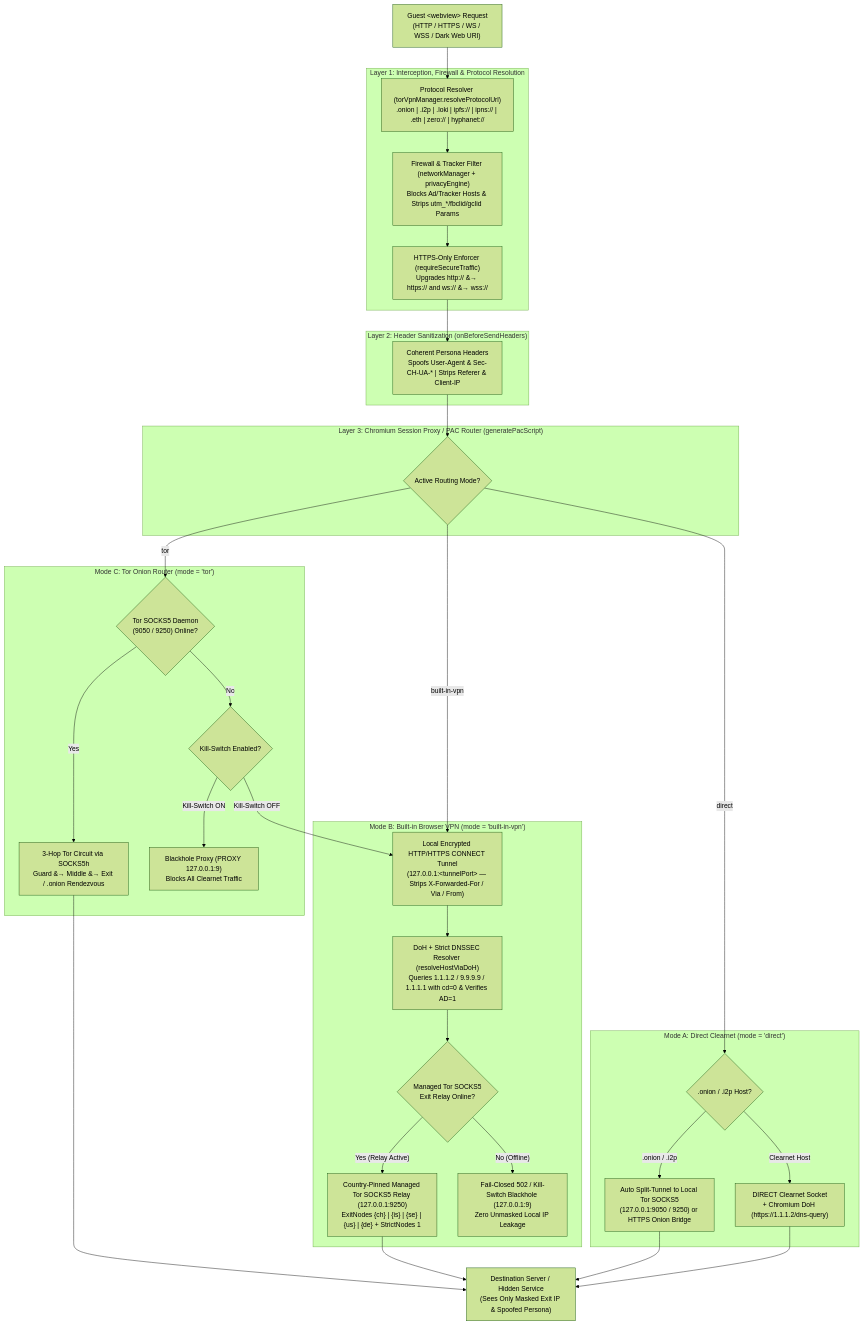
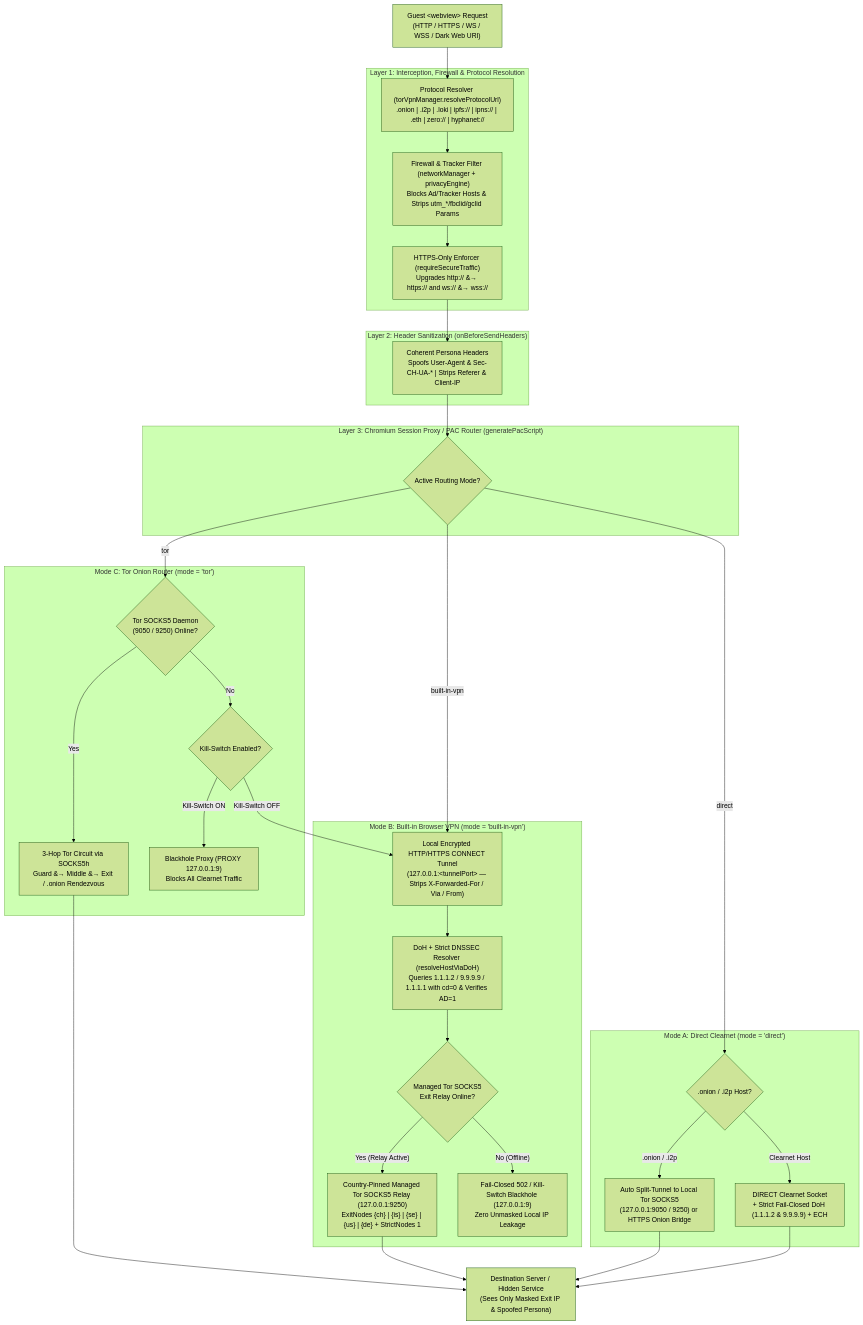
One commit to othererik/noctisbrowser changed the second of 4 diagrams in README.md. Above: the diagram before and after it, drawn with Mermaid (forest theme). The commit also changed other lines of this file and 7 other files, not shown here.

Commit message:
Release 1.1.3: Strict fail-closed DNS-over-HTTPS (DoH), ECH anti-SNI-leak, remote SOCKS5 DNS resolution, and release artifact checksums

````diff
--- a/README.md
+++ b/README.md
@@ -140,57 +140,57 @@
 ```mermaid
 flowchart TD
   Req["Guest &lt;webview&gt; Request<br/>(HTTP / HTTPS / WS / WSS / Dark Web URI)"]
   
   subgraph Layer1["Layer 1: Interception, Firewall &amp; Protocol Resolution"]
     Proto["Protocol Resolver (torVpnManager.resolveProtocolUrl)<br/>.onion | .i2p | .loki | ipfs:// | ipns:// | .eth | zero:// | hyphanet://"]
     Block["Firewall &amp; Tracker Filter (networkManager + privacyEngine)<br/>Blocks Ad/Tracker Hosts &amp; Strips utm_*/fbclid/gclid Params"]
     Upgrade["HTTPS-Only Enforcer (requireSecureTraffic)<br/>Upgrades http:// &#8594; https:// and ws:// &#8594; wss://"]
   end
 
   subgraph Layer2["Layer 2: Header Sanitization (onBeforeSendHeaders)"]
     Headers["Coherent Persona Headers<br/>Spoofs User-Agent &amp; Sec-CH-UA-* | Strips Referer &amp; Client-IP"]
   end
 
   subgraph Layer3["Layer 3: Chromium Session Proxy / PAC Router (generatePacScript)"]
     PAC{"Active Routing Mode?"}
   end
 
   subgraph ModeDirect["Mode A: Direct Clearnet (mode = 'direct')"]
     DirectSplit{".onion / .i2p Host?"}
-    DirectClear["DIRECT Clearnet Socket<br/>+ Chromium DoH (https://1.1.1.2/dns-query)"]
+    DirectClear["DIRECT Clearnet Socket<br/>+ Strict Fail-Closed DoH (1.1.1.2 &amp; 9.9.9.9) + ECH"]
     DirectOnion["Auto Split-Tunnel to Local Tor SOCKS5<br/>(127.0.0.1:9050 / 9250) or HTTPS Onion Bridge"]
   end
 
   subgraph ModeVPN["Mode B: Built-in Browser VPN (mode = 'built-in-vpn')"]
     LocalTunnel["Local Encrypted HTTP/HTTPS CONNECT Tunnel<br/>(127.0.0.1:&lt;tunnelPort&gt; — Strips X-Forwarded-For / Via / From)"]
     DoHDNS["DoH + Strict DNSSEC Resolver (resolveHostViaDoH)<br/>Queries 1.1.1.2 / 9.9.9.9 / 1.1.1.1 with cd=0 &amp; Verifies AD=1"]
     VpnRelayCheck{"Managed Tor SOCKS5<br/>Exit Relay Online?"}
     VpnSocks["Country-Pinned Managed Tor SOCKS5 Relay (127.0.0.1:9250)<br/>ExitNodes {ch} | {is} | {se} | {us} | {de} + StrictNodes 1"]
     VpnFailClosed["Fail-Closed 502 / Kill-Switch Blackhole (127.0.0.1:9)<br/>Zero Unmasked Local IP Leakage"]
   end
 
   subgraph ModeTor["Mode C: Tor Onion Router (mode = 'tor')"]
     TorCheck{"Tor SOCKS5 Daemon<br/>(9050 / 9250) Online?"}
     TorSocks["3-Hop Tor Circuit via SOCKS5h<br/>Guard &#8594; Middle &#8594; Exit / .onion Rendezvous"]
     TorKS{"Kill-Switch Enabled?"}
     TorBlackhole["Blackhole Proxy (PROXY 127.0.0.1:9)<br/>Blocks All Clearnet Traffic"]
   end
 
   Egress["Destination Server / Hidden Service<br/>(Sees Only Masked Exit IP &amp; Spoofed Persona)"]
 
   Req --> Proto --> Block --> Upgrade --> Headers --> PAC
 
   PAC -- "direct" --> DirectSplit
   DirectSplit -- "Clearnet Host" --> DirectClear --> Egress
   DirectSplit -- ".onion / .i2p" --> DirectOnion --> Egress
 
   PAC -- "built-in-vpn" --> LocalTunnel --> DoHDNS --> VpnRelayCheck
   VpnRelayCheck -- "Yes (Relay Active)" --> VpnSocks --> Egress
   VpnRelayCheck -- "No (Offline)" --> VpnFailClosed
 
   PAC -- "tor" --> TorCheck
   TorCheck -- "Yes" --> TorSocks --> Egress
   TorCheck -- "No" --> TorKS
   TorKS -- "Kill-Switch ON" --> TorBlackhole
   TorKS -- "Kill-Switch OFF" --> LocalTunnel
 ```
````
